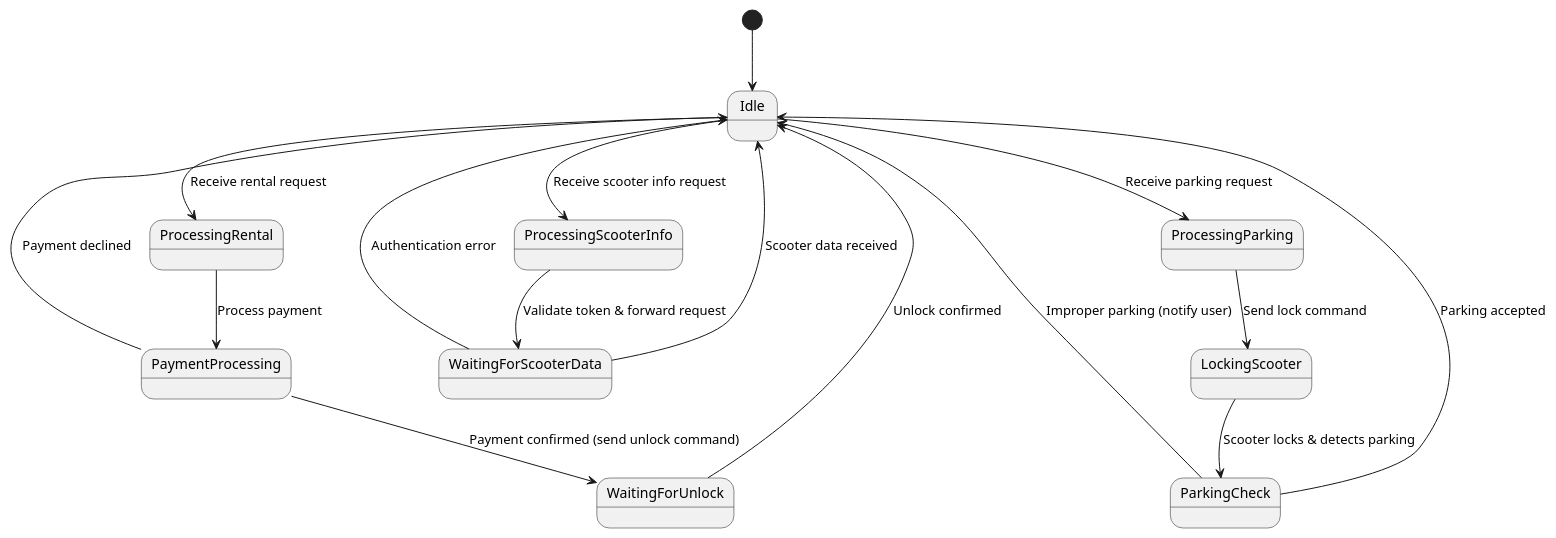
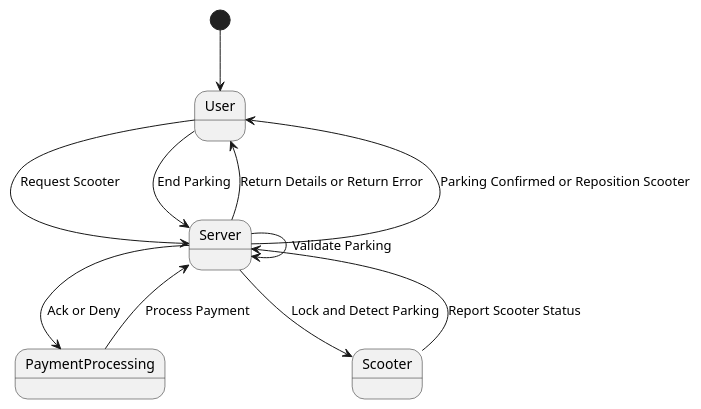
The diagram in docs/diagrams/server-state.puml (SverreNystad/communication-systems), drawn with PlantUML before and after one commit.

Commit message:
Updated server-state

```diff
--- a/docs/diagrams/server-state.puml
+++ b/docs/diagrams/server-state.puml
@@ -1,21 +1,21 @@
 @startuml
-[*] --> Idle
 
-Idle --> ProcessingScooterInfo : Receive scooter info request
-ProcessingScooterInfo --> WaitingForScooterData : Validate token & forward request
-WaitingForScooterData --> Idle : Scooter data received
-WaitingForScooterData --> Idle : Authentication error
+[*] --> User
+PaymentProcessing --> Server : Process Payment
+Server --> PaymentProcessing : Ack or Deny
 
-Idle --> ProcessingRental : Receive rental request
-ProcessingRental --> PaymentProcessing : Process payment
-PaymentProcessing --> WaitingForUnlock : Payment confirmed (send unlock command)
-WaitingForUnlock --> Idle : Unlock confirmed
-PaymentProcessing --> Idle : Payment declined
+Server --> Scooter : Lock and Detect Parking
+Scooter --> Server : Report Scooter Status
 
-Idle --> ProcessingParking : Receive parking request
-ProcessingParking --> LockingScooter : Send lock command
-LockingScooter --> ParkingCheck : Scooter locks & detects parking
-ParkingCheck --> Idle : Parking accepted
-ParkingCheck --> Idle : Improper parking (notify user)
+User --> Server : Request Scooter
+Server --> User : Return Details or Return Error
+
+User --> Server : End Parking
+Server --> User : Parking Confirmed or Reposition Scooter
+
+Server --> Server : Validate Parking
+
+
+
 
 @enduml
```
